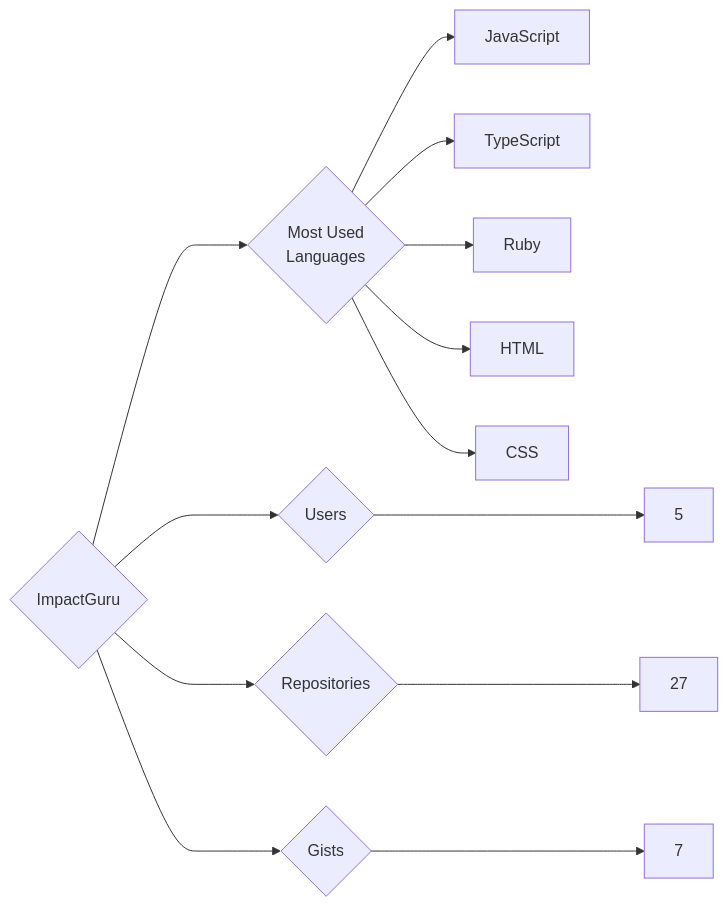
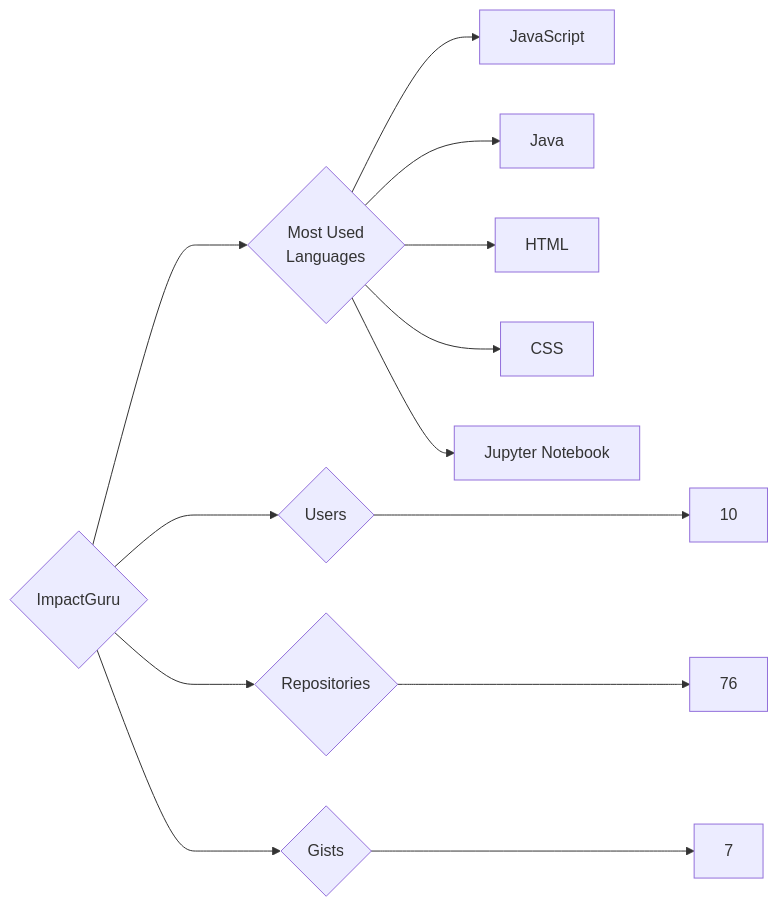
Before and after one commit to trickest/insiders: the diagram in targets/ImpactGuru/README.md, drawn with Mermaid. The commit also changed 1084 other files, not shown here.

````diff
--- a/targets/ImpactGuru/README.md
+++ b/targets/ImpactGuru/README.md
@@ -3,13 +3,13 @@
 ```mermaid
 graph LR
 COMPANY_NAME{ImpactGuru}
-COMPANY_NAME ---> U{Users} ---> UN[5]
-COMPANY_NAME ---> R{Repositories} ---> RN[27]
+COMPANY_NAME ---> U{Users} ---> UN[10]
+COMPANY_NAME ---> R{Repositories} ---> RN[76]
 COMPANY_NAME ---> G{Gists} ---> GN[7]
 COMPANY_NAME ---> ML{Most Used<br>Languages}
 ML --> JavaScript[JavaScript]
-ML --> TypeScript[TypeScript]
-ML --> Ruby[Ruby]
+ML --> Java[Java]
 ML --> HTML[HTML]
 ML --> CSS[CSS]
+ML --> Jupyter_Notebook[Jupyter Notebook]
 ```
````
